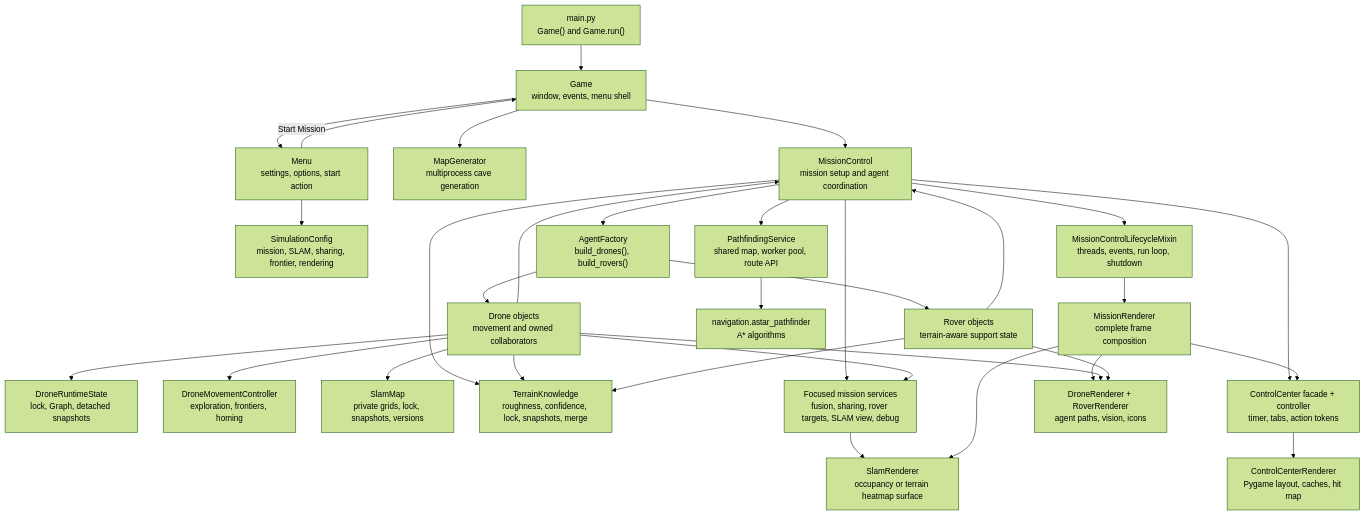
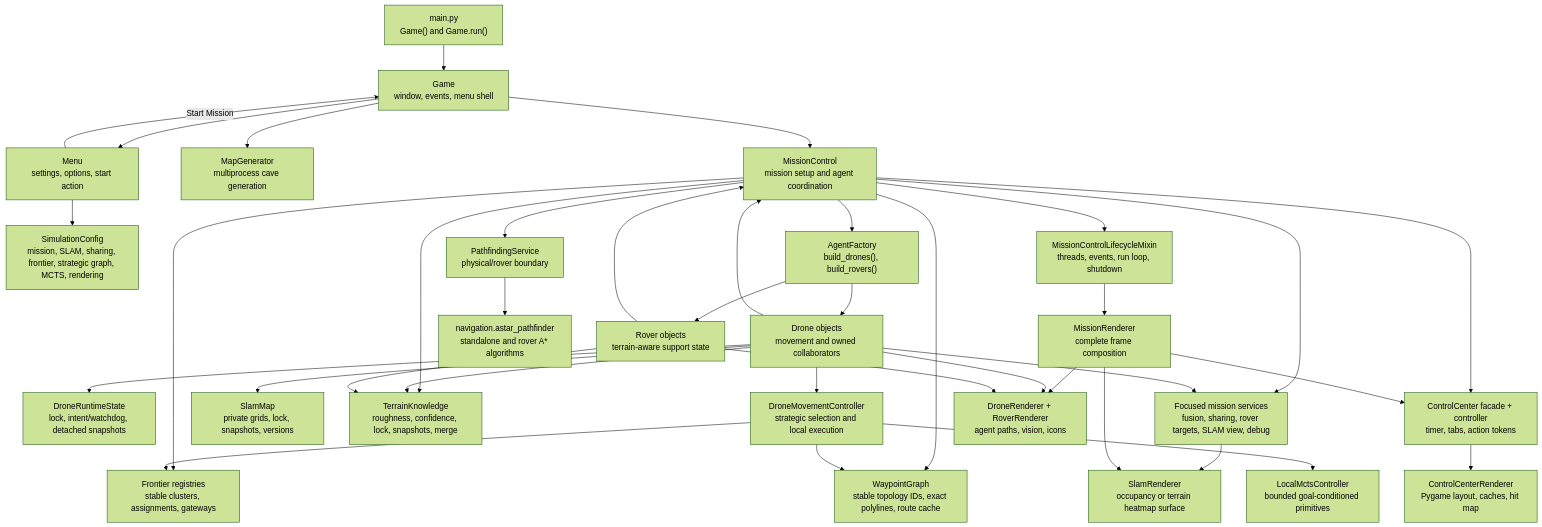
The first of 14 diagrams in docs/CODEFLOW.md (Gmark117/Cave_Game), drawn with Mermaid (forest theme) before and after one commit. The commit also changed other lines of this file and 68 other files, not shown here.

First line of the commit message:
Add unit tests for legacy removal, runtime trace analysis, strategic selection, and wall mapping

````diff
--- a/docs/CODEFLOW.md
+++ b/docs/CODEFLOW.md
@@ -16,57 +16,65 @@
 ```mermaid
 flowchart TD
     Main["main.py<br/>Game() and Game.run()"]
     Game["Game<br/>window, events, menu shell"]
     Menu["Menu<br/>settings, options, start action"]
-    Settings["SimulationConfig<br/>mission, SLAM, sharing, frontier, rendering"]
+    Settings["SimulationConfig<br/>mission, SLAM, sharing, frontier, strategic graph, MCTS, rendering"]
     MapGen["MapGenerator<br/>multiprocess cave generation"]
     Mission["MissionControl<br/>mission setup and agent coordination"]
     Lifecycle["MissionControlLifecycleMixin<br/>threads, events, run loop, shutdown"]
     Factory["AgentFactory<br/>build_drones(), build_rovers()"]
     Drones["Drone objects<br/>movement and owned collaborators"]
-    Runtime["DroneRuntimeState<br/>lock, Graph, detached snapshots"]
-    Movement["DroneMovementController<br/>exploration, frontiers, homing"]
+    Runtime["DroneRuntimeState<br/>lock, intent/watchdog, detached snapshots"]
+    Movement["DroneMovementController<br/>strategic selection and local execution"]
     Slam["SlamMap<br/>private grids, lock, snapshots, versions"]
+    Frontiers["Frontier registries<br/>stable clusters, assignments, gateways"]
+    Highway["WaypointGraph<br/>stable topology IDs, exact polylines, route cache"]
+    LocalMcts["LocalMctsController<br/>bounded goal-conditioned primitives"]
     Rovers["Rover objects<br/>terrain-aware support state"]
     Knowledge["TerrainKnowledge<br/>roughness, confidence, lock, snapshots, merge"]
-    Navigation["PathfindingService<br/>shared map, worker pool, route API"]
-    Path["navigation.astar_pathfinder<br/>A* algorithms"]
+    Navigation["PathfindingService<br/>physical/rover boundary"]
+    Path["navigation.astar_pathfinder<br/>standalone and rover A* algorithms"]
     Terrain["Focused mission services<br/>fusion, sharing, rover targets, SLAM view, debug"]
     UI["ControlCenter facade + controller<br/>timer, tabs, action tokens"]
     ControlRender["ControlCenterRenderer<br/>Pygame layout, caches, hit map"]
     Render["SlamRenderer<br/>occupancy or terrain heatmap surface"]
     SceneRender["MissionRenderer<br/>complete frame composition"]
     AgentsRender["DroneRenderer + RoverRenderer<br/>agent paths, vision, icons"]
 
     Main --> Game
     Game --> Menu
     Menu --> Settings
     Menu -->|"Start Mission"| Game
     Game --> MapGen
     Game --> Mission
     Mission --> Lifecycle
     Mission --> Factory
     Factory --> Drones
     Drones --> Runtime
     Drones --> Movement
     Drones --> Slam
+    Mission --> Frontiers
+    Mission --> Highway
+    Movement --> Frontiers
+    Movement --> Highway
+    Movement --> LocalMcts
     Factory --> Rovers
     Mission --> Knowledge
     Drones --> Knowledge
     Rovers --> Knowledge
     Mission --> Navigation
     Navigation --> Path
     Mission --> Terrain
     Mission --> UI
     UI --> ControlRender
     Terrain --> Render
     Lifecycle --> SceneRender
     SceneRender --> Render
     SceneRender --> AgentsRender
     SceneRender --> UI
     Drones --> AgentsRender
     Rovers --> AgentsRender
     Drones --> Mission
     Drones --> Terrain
     Rovers --> Mission
 ```
````
